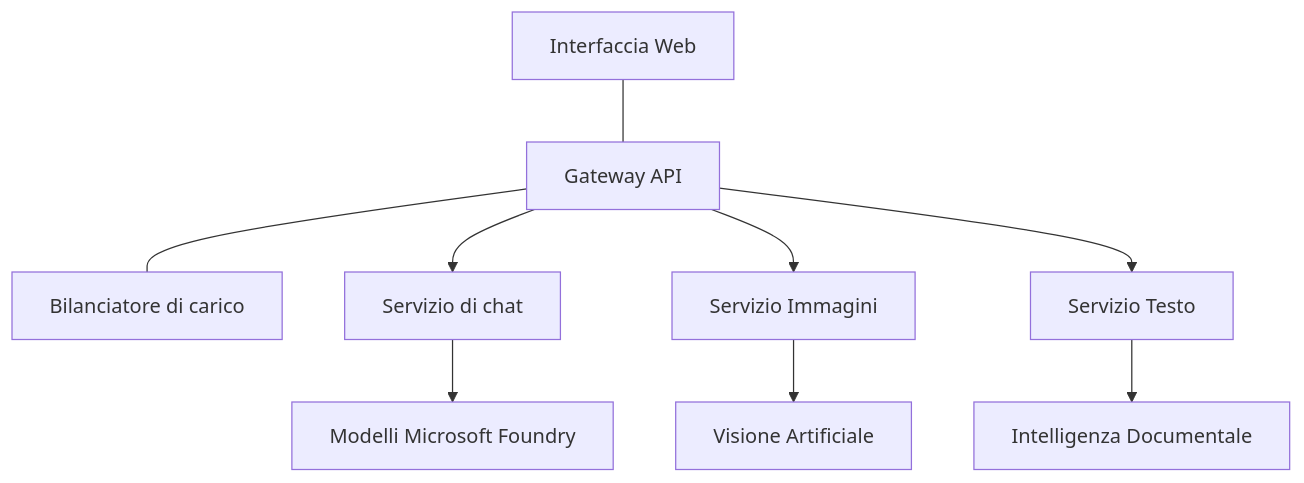
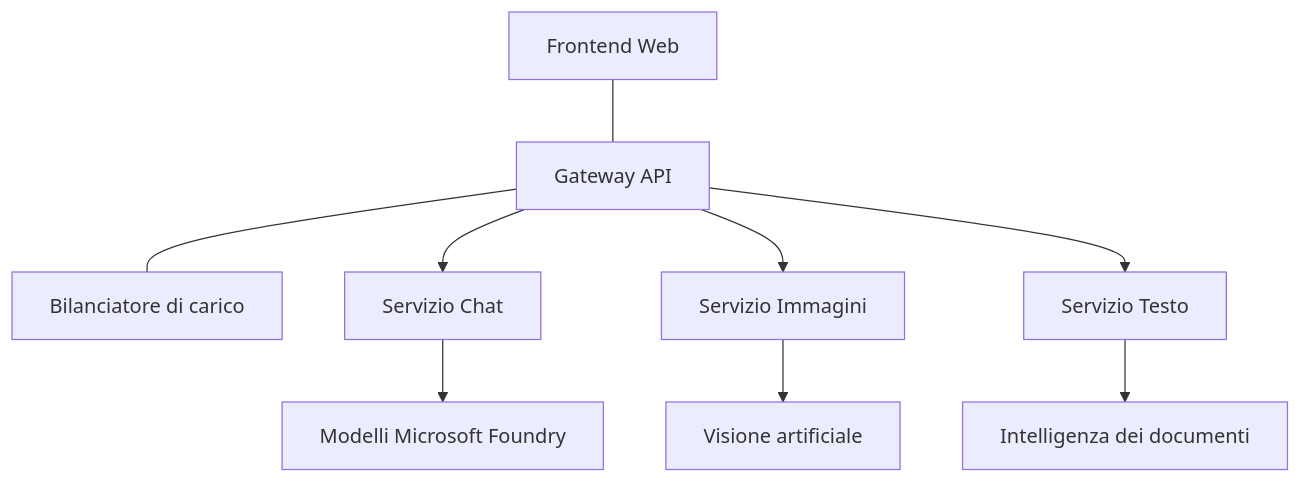
The diagram in translations/it/docs/chapter-08-production/production-ai-practices.md (microsoft/AZD-for-beginners), drawn with Mermaid before and after one commit. The commit also changed other lines of this file and 104 other files, not shown here.

````diff
--- a/translations/it/docs/chapter-08-production/production-ai-practices.md
+++ b/translations/it/docs/chapter-08-production/production-ai-practices.md
@@ -30,10 +30,10 @@
 ```mermaid
 graph TD
-    Frontend[Interfaccia Web] --- Gateway[Gateway API] --- LB[Bilanciatore di carico]
-    Gateway --> Chat[Servizio di chat]
+    Frontend[Frontend Web] --- Gateway[Gateway API] --- LB[Bilanciatore di carico]
+    Gateway --> Chat[Servizio Chat]
     Gateway --> Image[Servizio Immagini]
     Gateway --> Text[Servizio Testo]
     Chat --> OpenAI[Modelli Microsoft Foundry]
-    Image --> Vision[Visione Artificiale]
-    Text --> DocIntel[Intelligenza Documentale]
+    Image --> Vision[Visione artificiale]
+    Text --> DocIntel[Intelligenza dei documenti]
 ```
````
